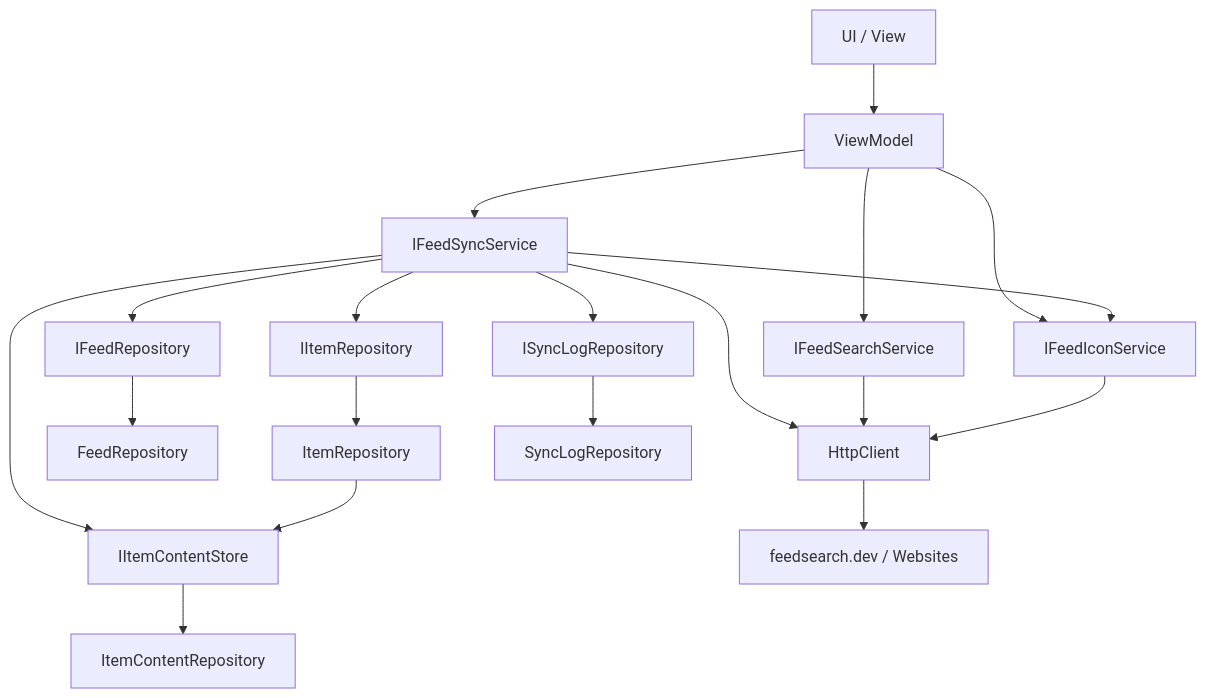
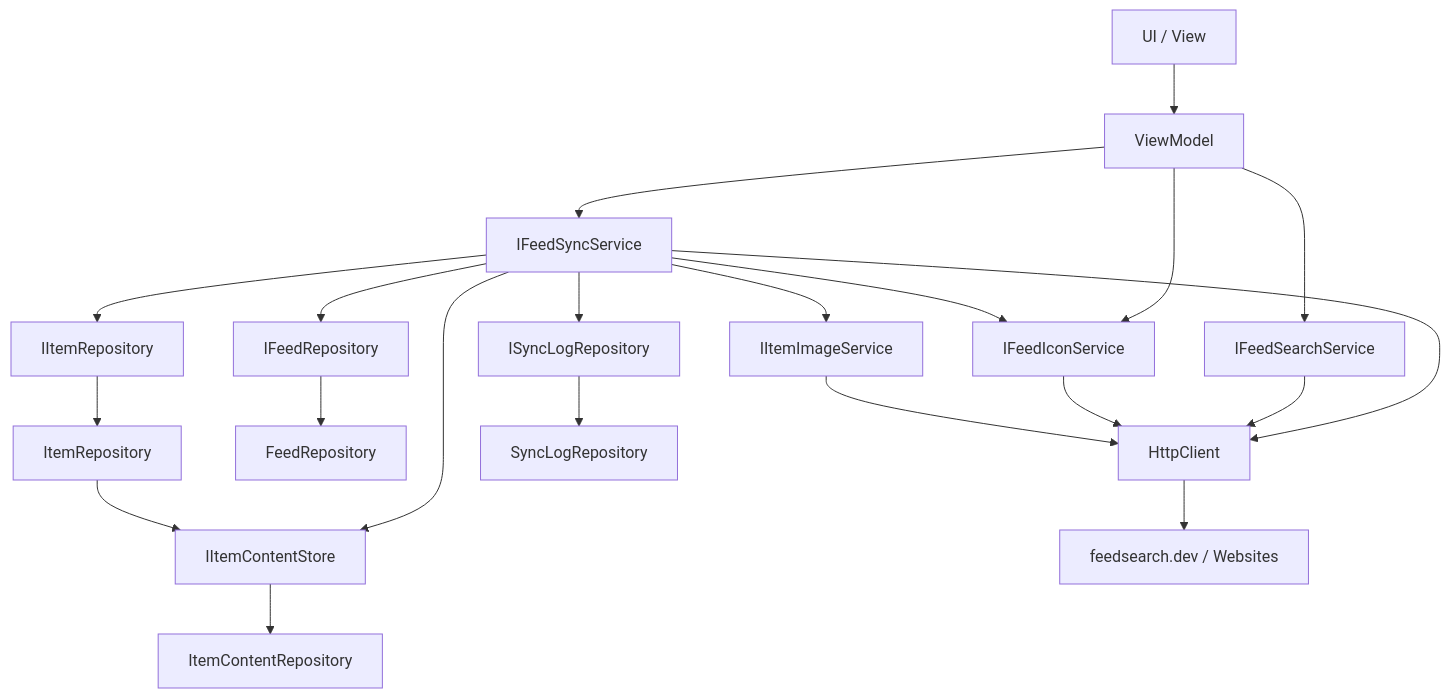
One commit to martin-stromberg/Reporter changed the diagram in docs/help/anwendung/architektur.md. Above: the diagram before and after it, drawn with Mermaid. The commit also changed other lines of this file and 81 other files, not shown here.

````diff
--- a/docs/help/anwendung/architektur.md
+++ b/docs/help/anwendung/architektur.md
@@ -28,21 +28,23 @@
 ```mermaid
 graph TD
     A[UI / View] --> B[ViewModel]
     B --> C[IFeedSyncService]
     B --> K[IFeedSearchService]
     B --> IC[IFeedIconService]
     C --> IC
+    C --> II[IItemImageService]
     C --> D[HttpClient]
     K --> D
     IC --> D
+    II --> D
     C --> E[IFeedRepository]
     C --> F[IItemRepository]
     C --> G[ISyncLogRepository]
     E --> H[FeedRepository]
     F --> I[ItemRepository]
     G --> J[SyncLogRepository]
     C --> M[IItemContentStore]
     I --> M
     M --> N[ItemContentRepository]
     D --> L[feedsearch.dev / Websites]
 ```
````
